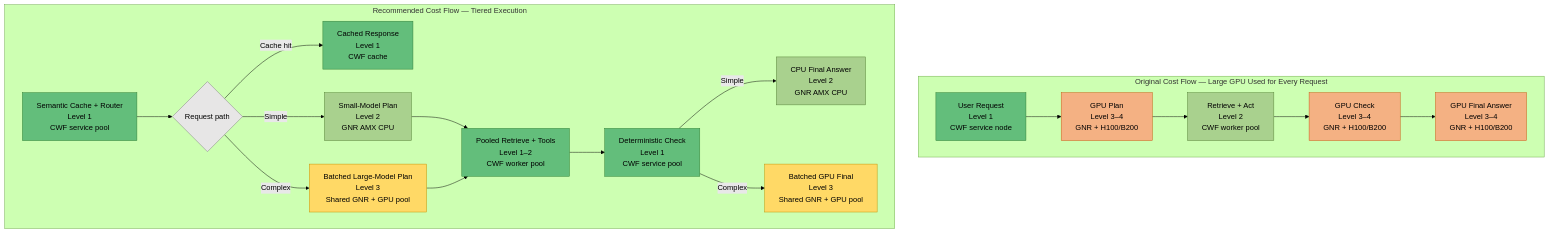
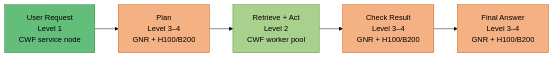
Before and after one commit to intel-ai-tce/ai-documents: the fifth of 6 diagrams in AEM/agent_workflow_optimization_cwf_gnr_gpu.md, drawn with Mermaid (forest theme). The commit also changed other lines of this file, not shown here.

````diff
--- a/AEM/agent_workflow_optimization_cwf_gnr_gpu.md
+++ b/AEM/agent_workflow_optimization_cwf_gnr_gpu.md
@@ -174,49 +149,20 @@
 ```mermaid
-flowchart TB
-    subgraph ORIGINAL["Original Cost Flow — Large GPU Used for Every Request"]
-        direction LR
-        OA["User Request<br/>Level 1<br/>CWF service node"]
-        OB["GPU Plan<br/>Level 3–4<br/>GNR + H100/B200"]
-        OC["Retrieve + Act<br/>Level 2<br/>CWF worker pool"]
-        OD["GPU Check<br/>Level 3–4<br/>GNR + H100/B200"]
-        OE["GPU Final Answer<br/>Level 3–4<br/>GNR + H100/B200"]
+flowchart LR
+    A["User Request<br/>Level 1<br/>CWF service node"]
+    B["Plan<br/>Level 3–4<br/>GNR + H100/B200"]
+    C["Retrieve + Act<br/>Level 2<br/>CWF worker pool"]
+    D["Check Result<br/>Level 3–4<br/>GNR + H100/B200"]
+    E["Final Answer<br/>Level 3–4<br/>GNR + H100/B200"]
 
-        OA --> OB --> OC --> OD --> OE
-    end
-
-    subgraph OPTIMIZED["Recommended Cost Flow — Tiered Execution"]
-        direction LR
-        NA["Semantic Cache + Router<br/>Level 1<br/>CWF service pool"]
-        NX{"Request path"}
-        NB["Cached Response<br/>Level 1<br/>CWF cache"]
-        NC["Small-Model Plan<br/>Level 2<br/>GNR AMX CPU"]
-        ND["Batched Large-Model Plan<br/>Level 3<br/>Shared GNR + GPU pool"]
-        NE["Pooled Retrieve + Tools<br/>Level 1–2<br/>CWF worker pool"]
-        NF["Deterministic Check<br/>Level 1<br/>CWF service pool"]
-        NG["CPU Final Answer<br/>Level 2<br/>GNR AMX CPU"]
-        NH["Batched GPU Final<br/>Level 3<br/>Shared GNR + GPU pool"]
-
-        NA --> NX
-        NX -->|Cache hit| NB
-        NX -->|Simple| NC
-        NX -->|Complex| ND
-        NC --> NE
-        ND --> NE
-        NE --> NF
-        NF -->|Simple| NG
-        NF -->|Complex| NH
-    end
+    A --> B --> C --> D --> E
 
     classDef level1 fill:#63BE7B,stroke:#2E7D32,color:#000
     classDef level2 fill:#A9D18E,stroke:#548235,color:#000
     classDef level3 fill:#FFD966,stroke:#BF9000,color:#000
     classDef level4 fill:#F4B183,stroke:#C65911,color:#000
     classDef level5 fill:#E06666,stroke:#990000,color:#fff
-    classDef decision fill:#E7E6E6,stroke:#7F7F7F,color:#000
 
-    class OA,NA,NB,NE,NF level1
-    class OC,NC,NG level2
-    class ND,NH level3
-    class OB,OD,OE level4
-    class NX decision
+    class A level1
+    class C level2
+    class B,D,E level4
 ```
````
